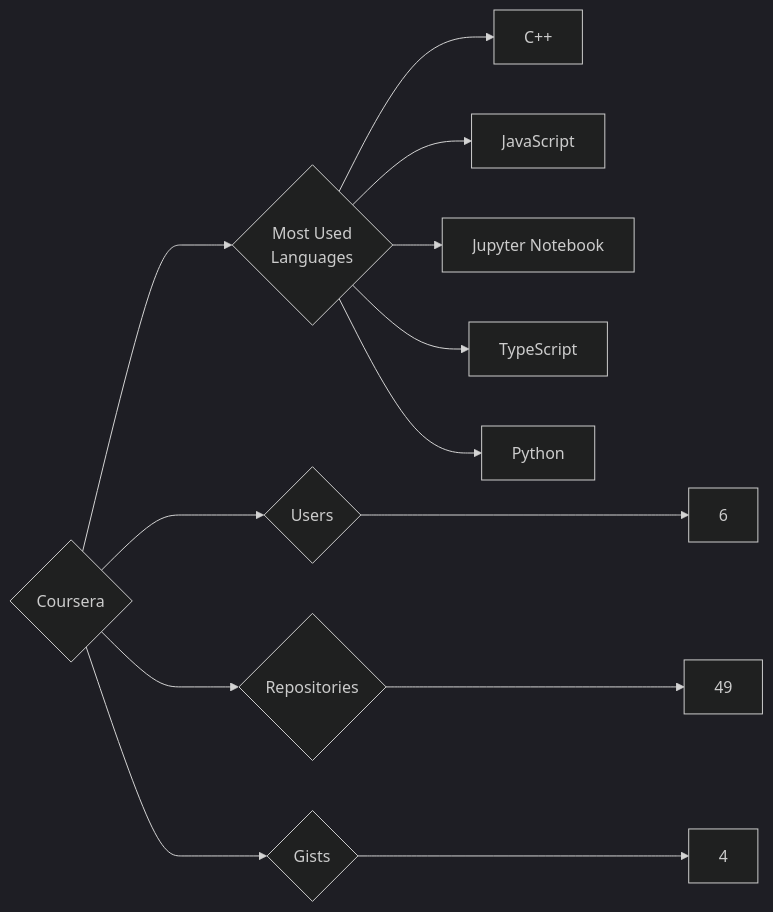
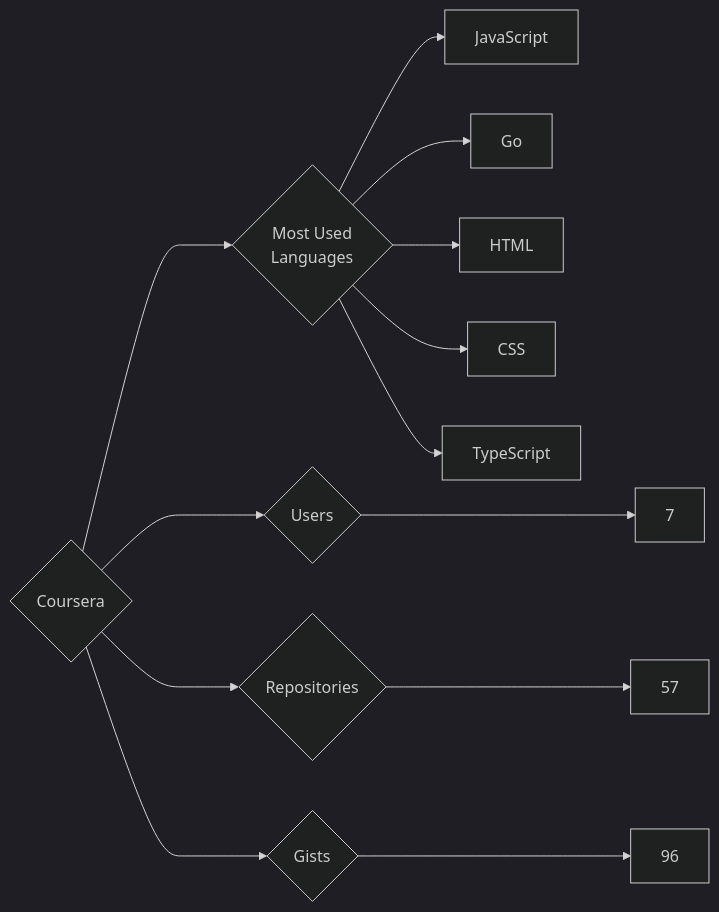
One commit to trickest/insiders changed the diagram in targets/Coursera/README.md. Above: the diagram before and after it, drawn with Mermaid (dark theme). The commit also changed 993 other files, not shown here.

````diff
--- a/targets/Coursera/README.md
+++ b/targets/Coursera/README.md
@@ -3,13 +3,13 @@
 ```mermaid
 graph LR
 COMPANY_NAME{Coursera}
-COMPANY_NAME ---> U{Users} ---> UN[6]
-COMPANY_NAME ---> R{Repositories} ---> RN[49]
-COMPANY_NAME ---> G{Gists} ---> GN[4]
+COMPANY_NAME ---> U{Users} ---> UN[7]
+COMPANY_NAME ---> R{Repositories} ---> RN[57]
+COMPANY_NAME ---> G{Gists} ---> GN[96]
 COMPANY_NAME ---> ML{Most Used<br>Languages}
-ML --> C++[C++]
 ML --> JavaScript[JavaScript]
-ML --> Jupyter_Notebook[Jupyter Notebook]
+ML --> Go[Go]
+ML --> HTML[HTML]
+ML --> CSS[CSS]
 ML --> TypeScript[TypeScript]
-ML --> Python[Python]
 ```
````
